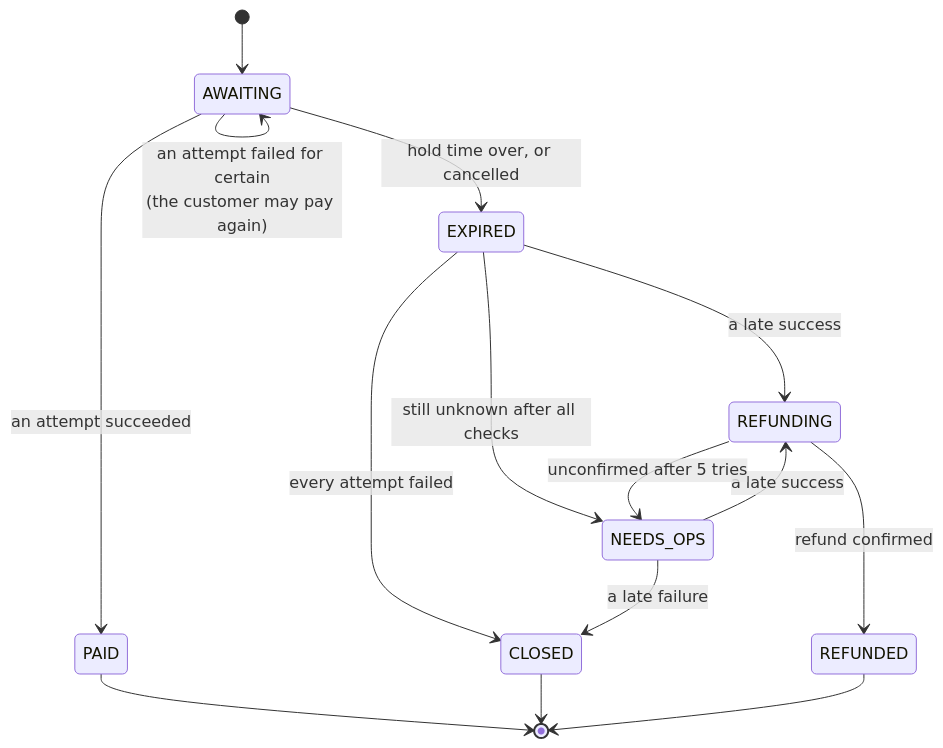
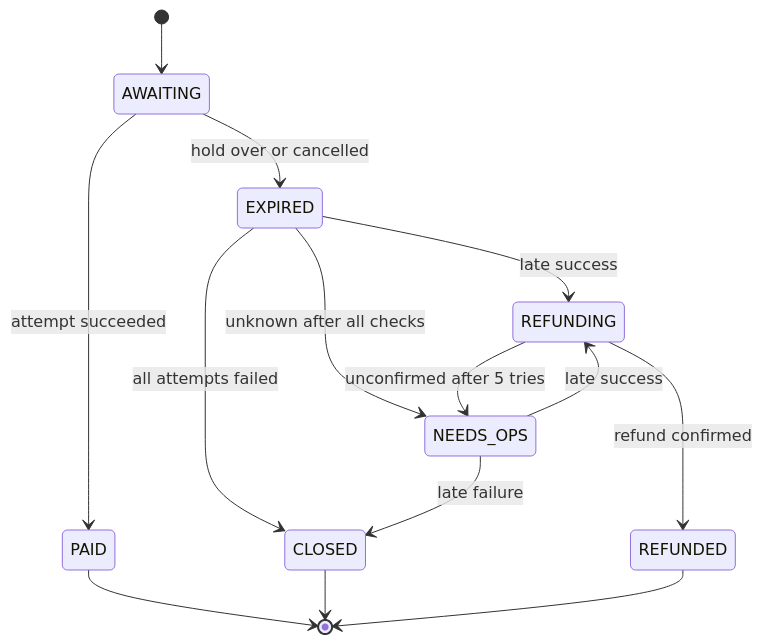
The third of 3 diagrams in README.md (SrijaMalhar/Settle), drawn with Mermaid before and after one commit. The commit also changed other lines of this file, not shown here.

````diff
--- a/README.md
+++ b/README.md
@@ -94,17 +101,16 @@
 ```mermaid
 stateDiagram-v2
     [*] --> AWAITING
-    AWAITING --> AWAITING: an attempt failed for certain<br/>(the customer may pay again)
-    AWAITING --> PAID: an attempt succeeded
-    AWAITING --> EXPIRED: hold time over, or cancelled
-    EXPIRED --> CLOSED: every attempt failed
-    EXPIRED --> REFUNDING: a late success
-    EXPIRED --> NEEDS_OPS: still unknown after all checks
-    NEEDS_OPS --> REFUNDING: a late success
-    NEEDS_OPS --> CLOSED: a late failure
+    AWAITING --> PAID: attempt succeeded
+    AWAITING --> EXPIRED: hold over or cancelled
+    EXPIRED --> CLOSED: all attempts failed
+    EXPIRED --> REFUNDING: late success
+    EXPIRED --> NEEDS_OPS: unknown after all checks
+    NEEDS_OPS --> REFUNDING: late success
+    NEEDS_OPS --> CLOSED: late failure
     REFUNDING --> REFUNDED: refund confirmed
     REFUNDING --> NEEDS_OPS: unconfirmed after 5 tries
     PAID --> [*]
     CLOSED --> [*]
     REFUNDED --> [*]
 ```
````
